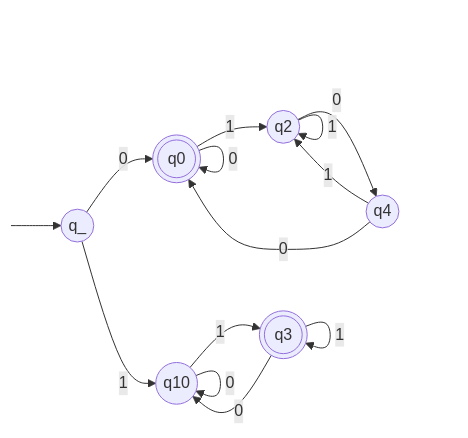
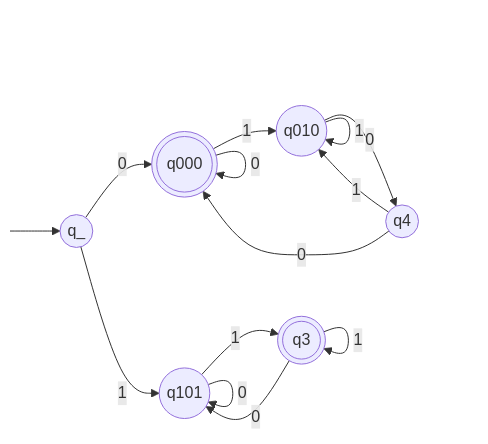
The second of 2 diagrams in sem3/TIN/UE/bf/TI-bf-u04.md (bfeitknecht/vault), drawn with Mermaid before and after one commit.

Commit message:
backup: 2024-10-15T16:44:35+02:00 from MacBook Pro (echo)
Affected files:
sem3/TIN/UE/bf/TI-bf-u04.md

````diff
--- a/sem3/TIN/UE/bf/TI-bf-u04.md
+++ b/sem3/TIN/UE/bf/TI-bf-u04.md
@@ -55,37 +55,37 @@
 ```mermaid
 flowchart LR
 
 classDef hidden display: none;
 
 S:::hidden
 
 q_((q_))
-q0(((q0)))
-q10((q10))
-q2((q2))
+q000(((q000)))
+q101((q101))
+q010((q010))
 q3(((q3)))
 q4((q4))
 
 
 
 S --> q_
-q_ -->|"0"| q0
-q_ -->|"1"| q10
+q_ -->|"0"| q000
+q_ -->|"1"| q101
 
-q0 -->|"0"| q0
-q10 -->|"1"| q3
+q000 -->|"0"| q000
+q101 -->|"1"| q3
 
 q3 -->|"1"| q3
-q3 -->|"0"| q10
+q3 -->|"0"| q101
 
-q10 -->|"0"| q10
+q101 -->|"0"| q101
 
 
 
 
-q0 -->|"1"| q2
-q2 -->|"1"| q2
-q2 -->|"0"| q4
-q4 -->|"1"| q2
-q4 -->|"0"| q0
+q000 -->|"1"| q010
+q010 -->|"1"| q010
+q010 -->|"0"| q4
+q4 -->|"1"| q010
+q4 -->|"0"| q000
 ```
````
